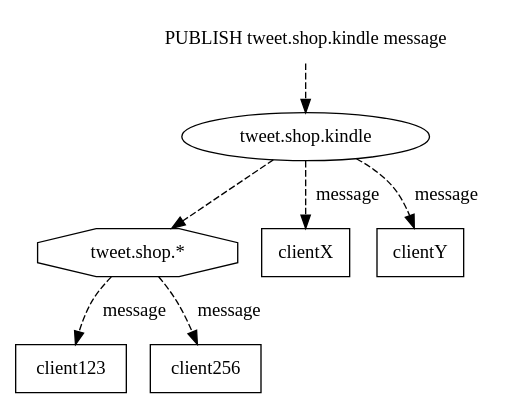
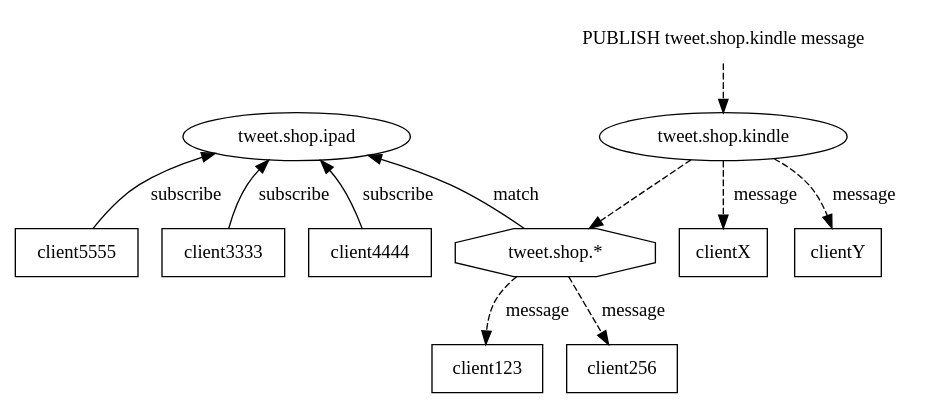
One commit to huangzworks/redisbook changed the diagram in feature/image/send_message_to_pattern.dot. Above: the diagram before and after it, drawn with Graphviz. The commit also changed 4 other files, not shown here.

```diff
--- a/feature/image/send_message_to_pattern.dot
+++ b/feature/image/send_message_to_pattern.dot
@@ -1,19 +1,29 @@
 digraph send_message_to_pattern {
-   
+  
+    // tweet.shop.ipad
+
+    ipad [label = "tweet.shop.ipad"];
+    ipad -> pattern [label = "match", dir = back];
+
+    node [shape = box];
+    ipad -> client3333 [label = "subscribe", dir = back];
+    ipad -> client4444 [label = "subscribe", dir = back];
+    ipad -> client5555 [label = "subscribe", dir = back];
+
     node [shape = plaintext];
     message [label = "PUBLISH tweet.shop.kindle message"];
 
     kindle [label = "tweet.shop.kindle", shape = ellipse];
     pattern [label = "tweet.shop.*", shape = octagon];
 
     message -> kindle [style = dashed];
     kindle -> pattern [style = dashed];
 
     node [shape = box];
     kindle -> clientX [style = dashed, label = "message"];
     kindle -> clientY [style = dashed, label = "message"];
 
     pattern -> client123 [style = dashed, label = "message"];
     pattern -> client256 [style = dashed, label = "message"];
 
 }
```
